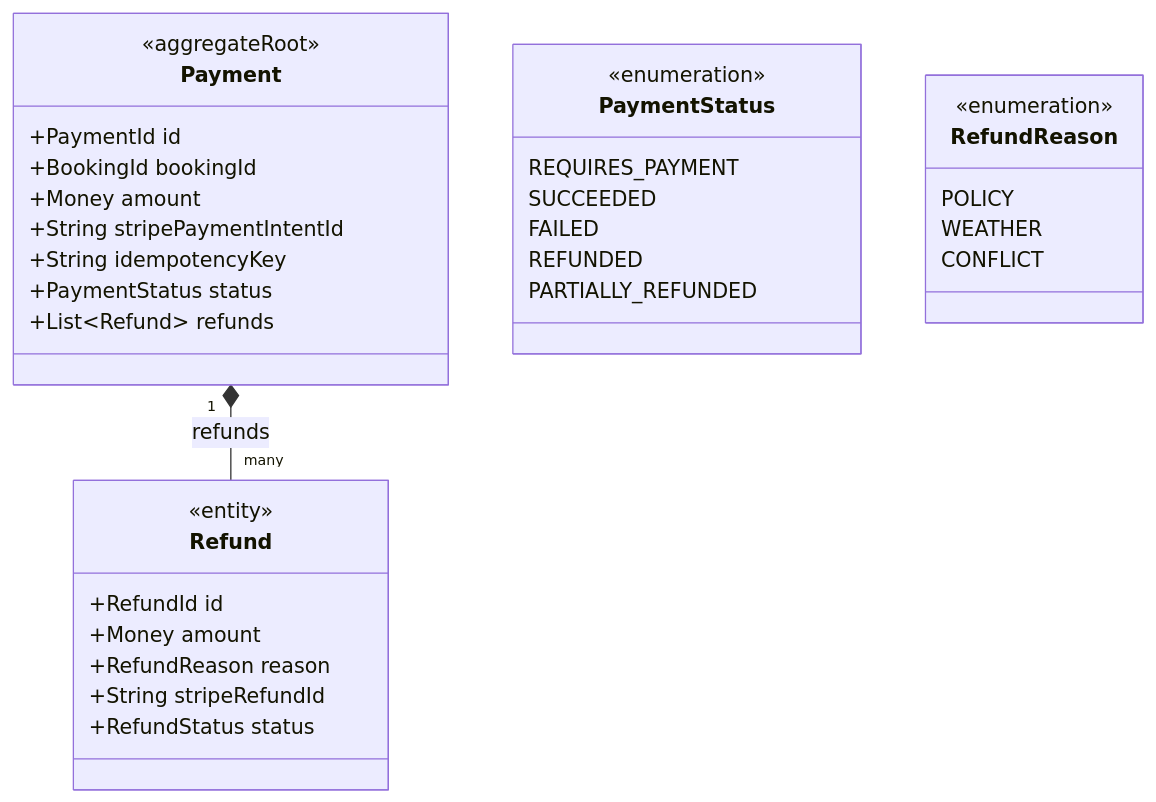
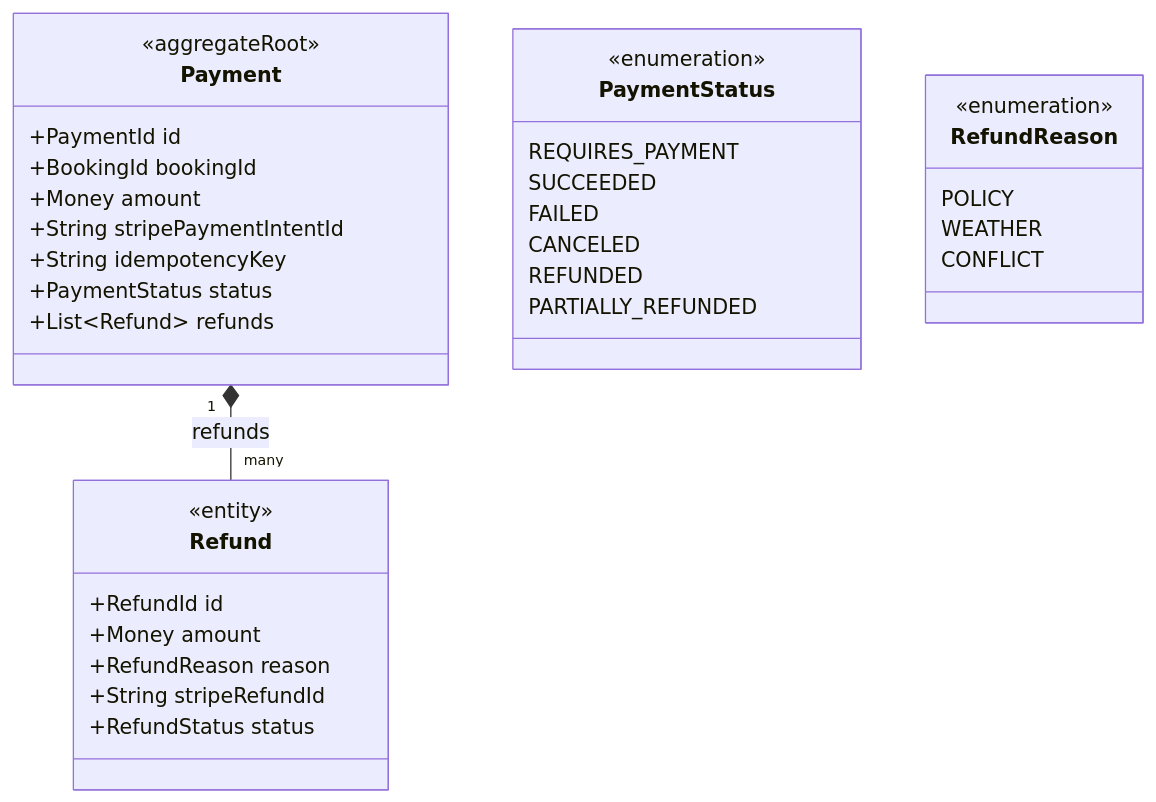
Before and after one commit to ivopogace/riviera-sunbed-booking: the sixth of 12 diagrams in docs/architecture/domain-model.md, drawn with Mermaid. The commit also changed other lines of this file and 10 other files, not shown here.

````diff
--- a/docs/architecture/domain-model.md
+++ b/docs/architecture/domain-model.md
@@ -255,36 +272,37 @@
 ```mermaid
 classDiagram
     class Payment {
         <<aggregateRoot>>
         +PaymentId id
         +BookingId bookingId
         +Money amount
         +String stripePaymentIntentId
         +String idempotencyKey
         +PaymentStatus status
         +List~Refund~ refunds
     }
     class Refund {
         <<entity>>
         +RefundId id
         +Money amount
         +RefundReason reason
         +String stripeRefundId
         +RefundStatus status
     }
     class PaymentStatus {
         <<enumeration>>
         REQUIRES_PAYMENT
         SUCCEEDED
         FAILED
+        CANCELED
         REFUNDED
         PARTIALLY_REFUNDED
     }
     class RefundReason {
         <<enumeration>>
         POLICY
         WEATHER
         CONFLICT
     }
     Payment "1" *-- "many" Refund : refunds
 ```
````
